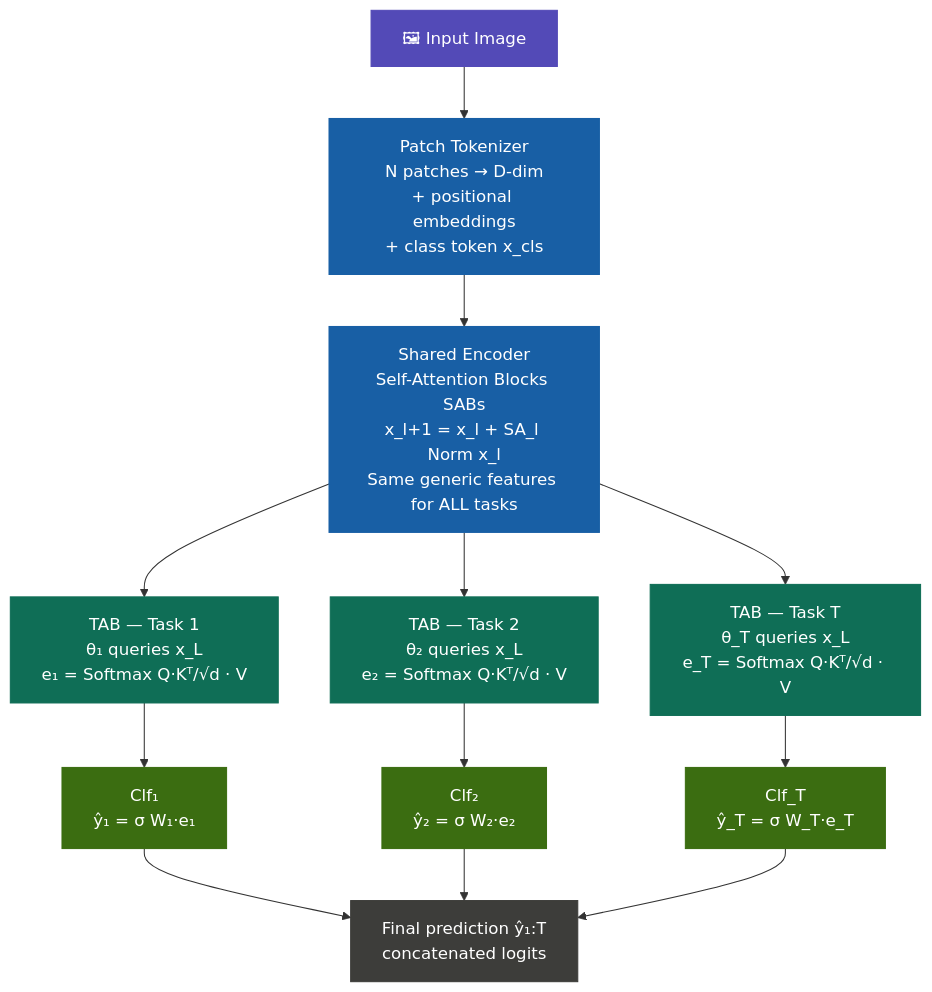
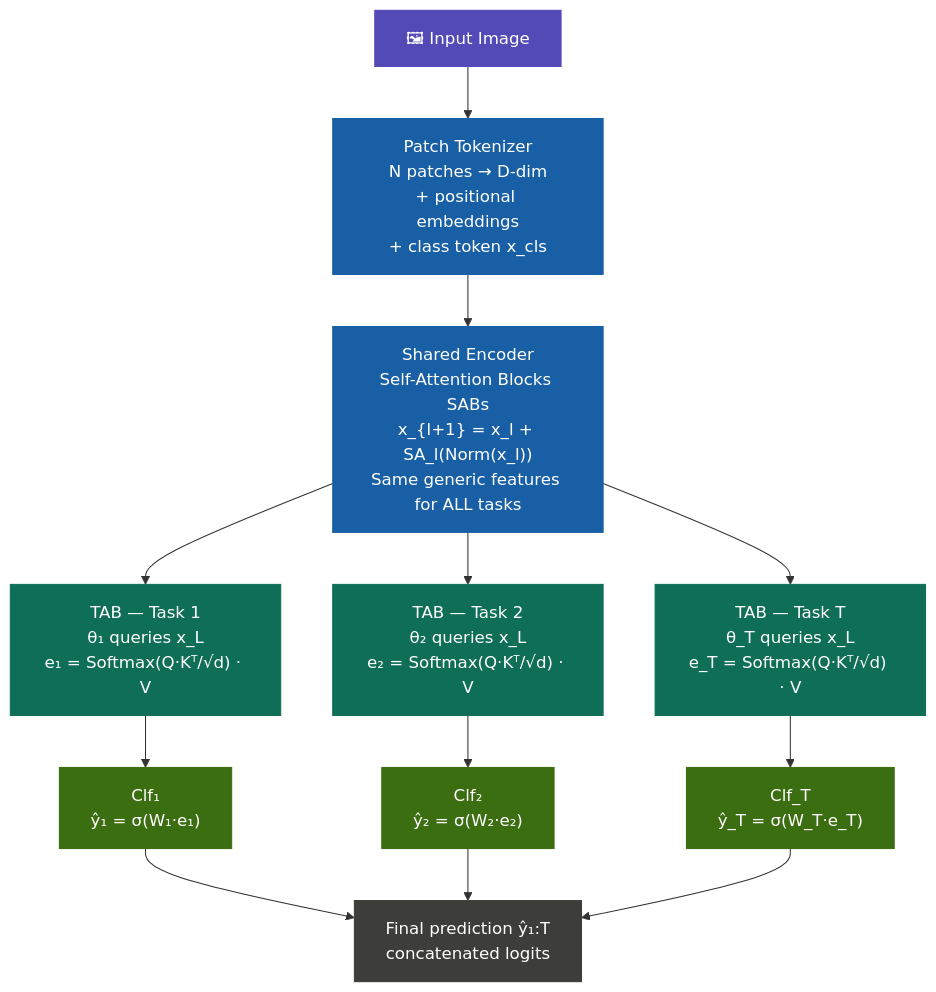
One commit to PranjalUpadhyay7/dytox_modification changed the first of 4 diagrams in README.md. Above: the diagram before and after it, drawn with Mermaid. The commit also changed other lines of this file, not shown here.

Commit message:
docs: format mathematical formulas in markdown and mermaid charts

````diff
--- a/README.md
+++ b/README.md
@@ -40,29 +40,29 @@
 ```mermaid
 flowchart TD
     IMG["🖼 Input Image"] --> PATCH["Patch Tokenizer\nN patches → D-dim\n+ positional embeddings\n+ class token x_cls"]
 
-    PATCH --> SAB["Shared Encoder\nSelf-Attention Blocks SABs\nx_l+1 = x_l + SA_l Norm x_l\nSame generic features for ALL tasks"]
+    PATCH --> SAB["Shared Encoder\nSelf-Attention Blocks SABs\nx_{l+1} = x_l + SA_l(Norm(x_l))\nSame generic features for ALL tasks"]
 
-    SAB --> TAB1["TAB — Task 1\nθ₁ queries x_L\ne₁ = Softmax Q·Kᵀ/√d · V"]
-    SAB --> TAB2["TAB — Task 2\nθ₂ queries x_L\ne₂ = Softmax Q·Kᵀ/√d · V"]
-    SAB --> TABN["TAB — Task T\nθ_T queries x_L\ne_T = Softmax Q·Kᵀ/√d · V"]
+    SAB --> TAB1["TAB — Task 1\nθ₁ queries x_L\ne₁ = Softmax(Q·Kᵀ/√d) · V"]
+    SAB --> TAB2["TAB — Task 2\nθ₂ queries x_L\ne₂ = Softmax(Q·Kᵀ/√d) · V"]
+    SAB --> TABN["TAB — Task T\nθ_T queries x_L\ne_T = Softmax(Q·Kᵀ/√d) · V"]
 
-    TAB1 --> CLF1["Clf₁\nŷ₁ = σ W₁·e₁"]
-    TAB2 --> CLF2["Clf₂\nŷ₂ = σ W₂·e₂"]
-    TABN --> CLFN["Clf_T\nŷ_T = σ W_T·e_T"]
+    TAB1 --> CLF1["Clf₁\nŷ₁ = σ(W₁·e₁)"]
+    TAB2 --> CLF2["Clf₂\nŷ₂ = σ(W₂·e₂)"]
+    TABN --> CLFN["Clf_T\nŷ_T = σ(W_T·e_T)"]
 
     CLF1 --> OUT["Final prediction ŷ₁:T\nconcatenated logits"]
     CLF2 --> OUT
     CLFN --> OUT
 
     style IMG fill:#534AB7,color:#fff,stroke:#534AB7
     style PATCH fill:#185FA5,color:#fff,stroke:#185FA5
     style SAB fill:#185FA5,color:#fff,stroke:#185FA5
     style TAB1 fill:#0F6E56,color:#fff,stroke:#0F6E56
     style TAB2 fill:#0F6E56,color:#fff,stroke:#0F6E56
     style TABN fill:#0F6E56,color:#fff,stroke:#0F6E56
     style CLF1 fill:#3B6D11,color:#fff,stroke:#3B6D11
     style CLF2 fill:#3B6D11,color:#fff,stroke:#3B6D11
     style CLFN fill:#3B6D11,color:#fff,stroke:#3B6D11
     style OUT fill:#3d3d3a,color:#fff,stroke:#3d3d3a
 ```
````
